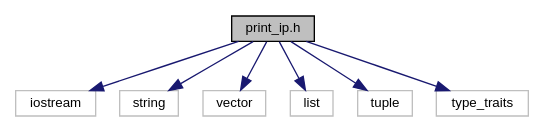
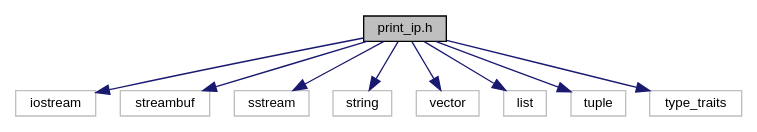
One commit to AndreyAndreevich/print_ip changed the diagram in print__ip_8h__incl.dot. Above: the diagram before and after it, drawn with Graphviz. The commit also changed 60 other files, not shown here.

```diff
--- a/print__ip_8h__incl.dot
+++ b/print__ip_8h__incl.dot
@@ -1,18 +1,22 @@
 digraph "print_ip.h"
 {
   edge [fontname="Helvetica",fontsize="10",labelfontname="Helvetica",labelfontsize="10"];
   node [fontname="Helvetica",fontsize="10",shape=record];
   Node1 [label="print_ip.h",height=0.2,width=0.4,color="black", fillcolor="grey75", style="filled" fontcolor="black"];
   Node1 -> Node2 [color="midnightblue",fontsize="10",style="solid",fontname="Helvetica"];
   Node2 [label="iostream",height=0.2,width=0.4,color="grey75", fillcolor="white", style="filled"];
   Node1 -> Node3 [color="midnightblue",fontsize="10",style="solid",fontname="Helvetica"];
-  Node3 [label="string",height=0.2,width=0.4,color="grey75", fillcolor="white", style="filled"];
+  Node3 [label="streambuf",height=0.2,width=0.4,color="grey75", fillcolor="white", style="filled"];
   Node1 -> Node4 [color="midnightblue",fontsize="10",style="solid",fontname="Helvetica"];
-  Node4 [label="vector",height=0.2,width=0.4,color="grey75", fillcolor="white", style="filled"];
+  Node4 [label="sstream",height=0.2,width=0.4,color="grey75", fillcolor="white", style="filled"];
   Node1 -> Node5 [color="midnightblue",fontsize="10",style="solid",fontname="Helvetica"];
-  Node5 [label="list",height=0.2,width=0.4,color="grey75", fillcolor="white", style="filled"];
+  Node5 [label="string",height=0.2,width=0.4,color="grey75", fillcolor="white", style="filled"];
   Node1 -> Node6 [color="midnightblue",fontsize="10",style="solid",fontname="Helvetica"];
-  Node6 [label="tuple",height=0.2,width=0.4,color="grey75", fillcolor="white", style="filled"];
+  Node6 [label="vector",height=0.2,width=0.4,color="grey75", fillcolor="white", style="filled"];
   Node1 -> Node7 [color="midnightblue",fontsize="10",style="solid",fontname="Helvetica"];
-  Node7 [label="type_traits",height=0.2,width=0.4,color="grey75", fillcolor="white", style="filled"];
+  Node7 [label="list",height=0.2,width=0.4,color="grey75", fillcolor="white", style="filled"];
+  Node1 -> Node8 [color="midnightblue",fontsize="10",style="solid",fontname="Helvetica"];
+  Node8 [label="tuple",height=0.2,width=0.4,color="grey75", fillcolor="white", style="filled"];
+  Node1 -> Node9 [color="midnightblue",fontsize="10",style="solid",fontname="Helvetica"];
+  Node9 [label="type_traits",height=0.2,width=0.4,color="grey75", fillcolor="white", style="filled"];
 }
```
